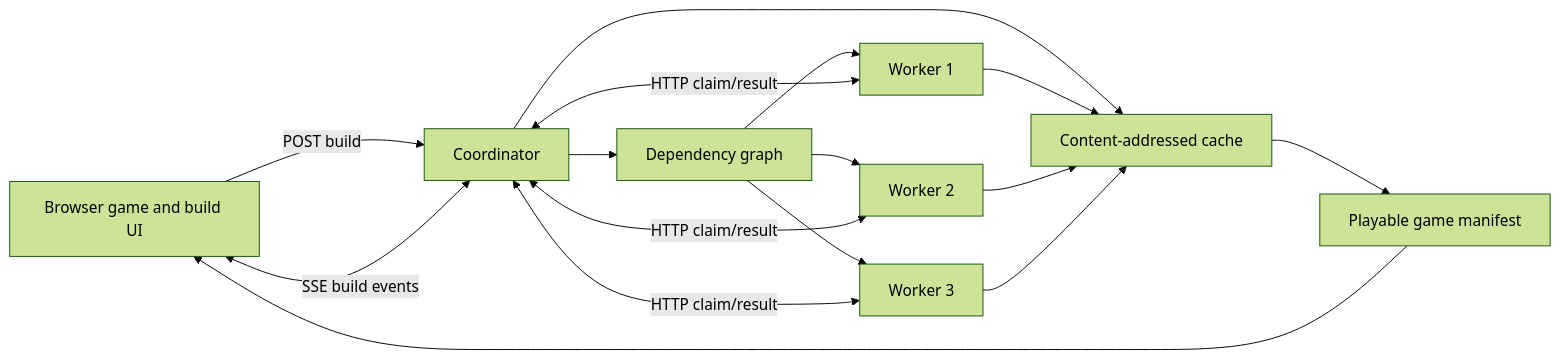
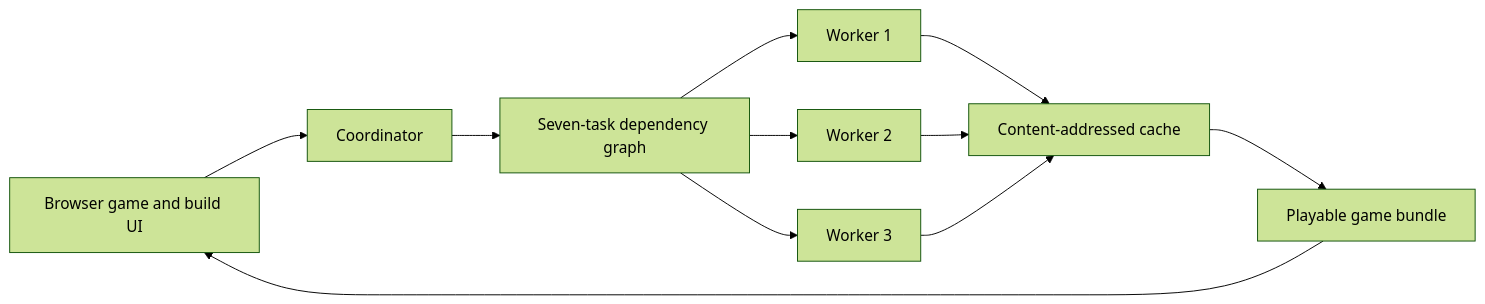
One commit to AnanmayS/forgegrid changed the diagram in README.md. Above: the diagram before and after it, drawn with Mermaid (forest theme). The commit also changed other lines of this file and 10 other files, not shown here.

````diff
--- a/README.md
+++ b/README.md
@@ -80,21 +58,13 @@
 ```mermaid
 flowchart LR
-    Browser["Browser game and build UI"] -->|POST build| Coordinator
-    Browser <-->|SSE build events| Coordinator
-
-    Coordinator --> Graph["Dependency graph"]
-    Coordinator --> CAS["Content-addressed cache"]
-
-    W1["Worker 1"] <-->|HTTP claim/result| Coordinator
-    W2["Worker 2"] <-->|HTTP claim/result| Coordinator
-    W3["Worker 3"] <-->|HTTP claim/result| Coordinator
-
-    Graph --> W1
-    Graph --> W2
-    Graph --> W3
-    W1 --> CAS
-    W2 --> CAS
-    W3 --> CAS
-    CAS --> Artifact["Playable game manifest"]
-    Artifact --> Browser
+    UI["Browser game and build UI"] --> Coordinator
+    Coordinator --> Graph["Seven-task dependency graph"]
+    Graph --> W1["Worker 1"]
+    Graph --> W2["Worker 2"]
+    Graph --> W3["Worker 3"]
+    W1 --> Cache["Content-addressed cache"]
+    W2 --> Cache
+    W3 --> Cache
+    Cache --> Bundle["Playable game bundle"]
+    Bundle --> UI
 ```
````
